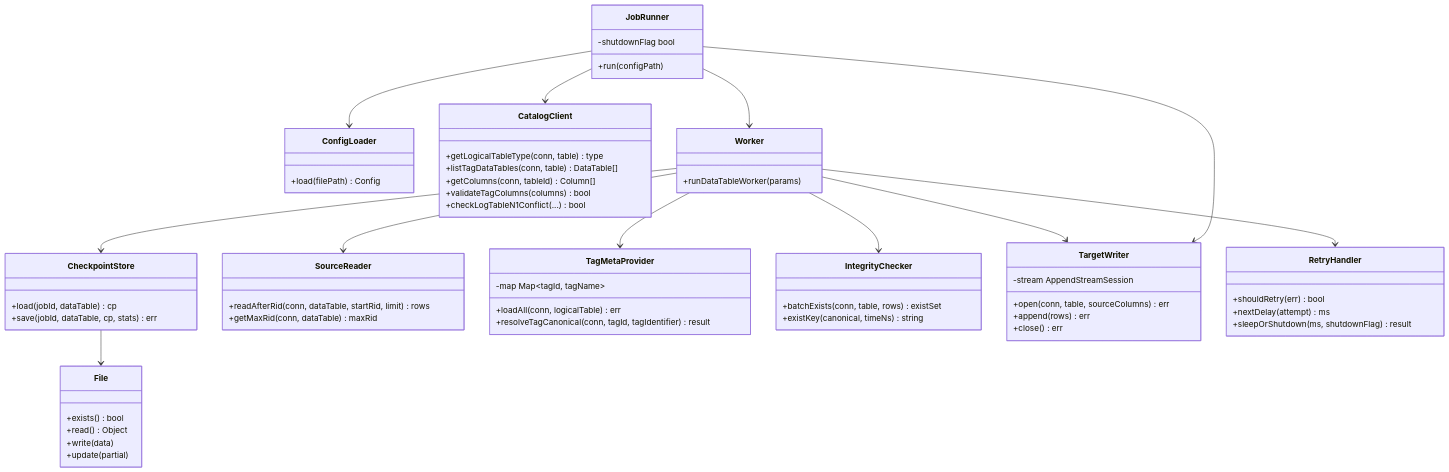
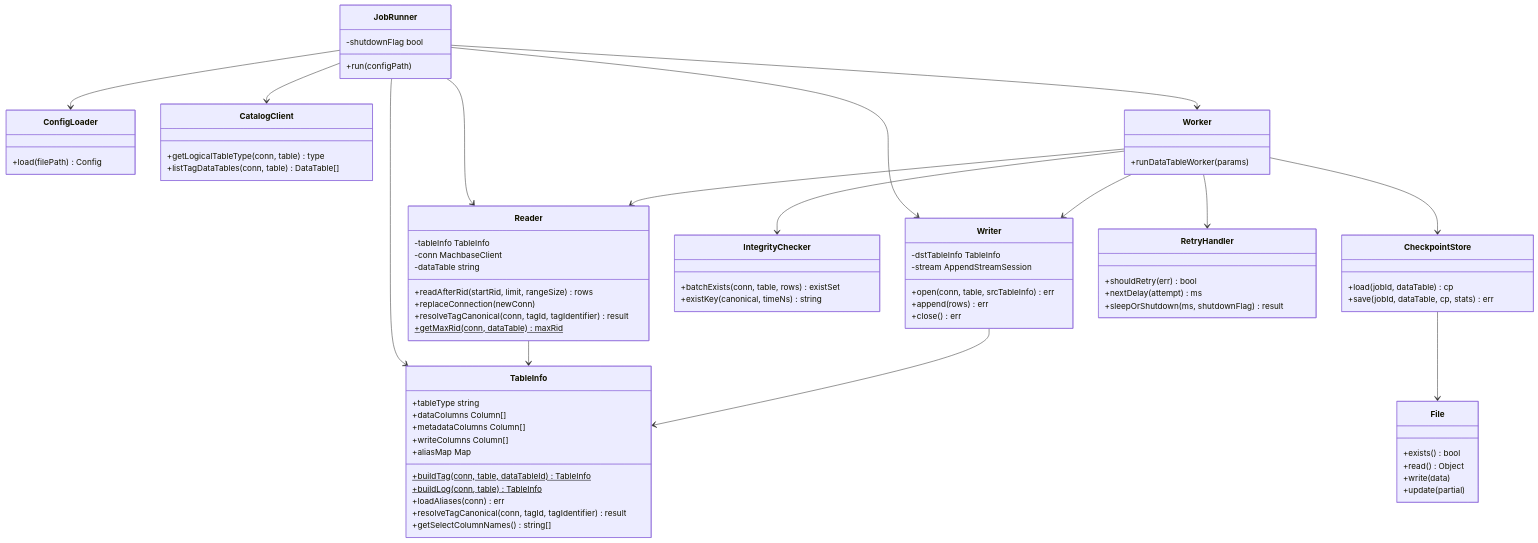
Before and after one commit to machbase/neo-pkg-replication: the second of 4 diagrams in PROJECT.md, drawn with Mermaid. The commit also changed other lines of this file and 24 other files, not shown here.

````diff
--- a/PROJECT.md
+++ b/PROJECT.md
@@ -811,68 +856,81 @@
 ```mermaid
 classDiagram
     class ConfigLoader {
         +load(filePath) Config
     }
     class CatalogClient {
         +getLogicalTableType(conn, table) type
         +listTagDataTables(conn, table) DataTable[]
-        +getColumns(conn, tableId) Column[]
-        +validateTagColumns(columns) bool
-        +checkLogTableN1Conflict(...) bool
     }
     class CheckpointStore {
         +load(jobId, dataTable) cp
         +save(jobId, dataTable, cp, stats) err
     }
     class File {
         +exists() bool
         +read() Object
         +write(data)
         +update(partial)
     }
-    class SourceReader {
-        +readAfterRid(conn, dataTable, startRid, limit) rows
-        +getMaxRid(conn, dataTable) maxRid
+    class TableInfo {
+        +tableType string
+        +dataColumns Column[]
+        +metadataColumns Column[]
+        +writeColumns Column[]
+        +aliasMap Map
+        +buildTag(conn, table, dataTableId)$ TableInfo
+        +buildLog(conn, table)$ TableInfo
+        +loadAliases(conn) err
+        +resolveTagCanonical(conn, tagId, tagIdentifier) result
+        +getSelectColumnNames() string[]
     }
-    class TagMetaProvider {
-        -map Map~tagId, tagName~
-        +loadAll(conn, logicalTable) err
+    class Reader {
+        -tableInfo TableInfo
+        -conn MachbaseClient
+        -dataTable string
+        +readAfterRid(startRid, limit, rangeSize) rows
+        +replaceConnection(newConn)
         +resolveTagCanonical(conn, tagId, tagIdentifier) result
+        +getMaxRid(conn, dataTable)$ maxRid
     }
     class IntegrityChecker {
         +batchExists(conn, table, rows) existSet
         +existKey(canonical, timeNs) string
     }
-    class TargetWriter {
+    class Writer {
+        -dstTableInfo TableInfo
         -stream AppendStreamSession
-        +open(conn, table, sourceColumns) err
+        +open(conn, table, srcTableInfo) err
         +append(rows) err
         +close() err
     }
     class RetryHandler {
         +shouldRetry(err) bool
         +nextDelay(attempt) ms
         +sleepOrShutdown(ms, shutdownFlag) result
     }
     class Worker {
         +runDataTableWorker(params)
     }
     class JobRunner {
         -shutdownFlag bool
         +run(configPath)
     }
 
     JobRunner --> ConfigLoader
     JobRunner --> CatalogClient
-    JobRunner --> TargetWriter
+    JobRunner --> TableInfo
+    JobRunner --> Reader
+    JobRunner --> Writer
     JobRunner --> Worker
 
     Worker --> CheckpointStore
-    Worker --> SourceReader
-    Worker --> TagMetaProvider
+    Worker --> Reader
     Worker --> IntegrityChecker
-    Worker --> TargetWriter
+    Worker --> Writer
     Worker --> RetryHandler
 
+    Reader --> TableInfo
+    Writer --> TableInfo
     CheckpointStore --> File
 ```
````
